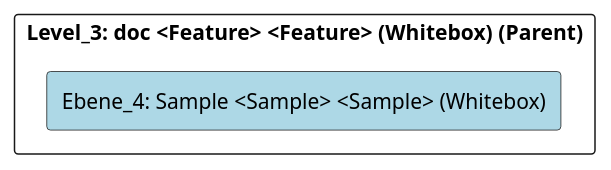
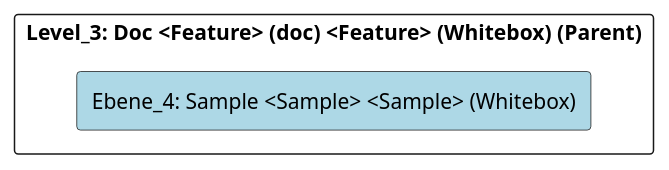
The diagram in doc/cleonproject_deliverables_architecture_model_architecture/adoc/de/05_bausteinsicht/cleon/common/doc/sample/ebene_4_sample.adoc (marcozwyssig/cleon), drawn with PlantUML before and after one commit. The commit also changed other lines of this file and 166 other files, not shown here.

```diff
--- a/doc/cleonproject_deliverables_architecture_model_architecture/adoc/de/05_bausteinsicht/cleon/common/doc/sample/ebene_4_sample.adoc
+++ b/doc/cleonproject_deliverables_architecture_model_architecture/adoc/de/05_bausteinsicht/cleon/common/doc/sample/ebene_4_sample.adoc
@@ -20,24 +20,24 @@
 [plantuml, Ebene_4: Sample <Sample> <Sample> (Whitebox)BlockOverview, format="svg"]
 ----
 @startuml Ebene_4: Sample <Sample> <Sample> (Whitebox)BuildingBlockOverview
 
 skinparam ranksep 10
 skinparam componentStyle rectangle
 skinparam shadowing false
 skinparam arrowColor lightblue
 skinparam arrowThickness 1.2
 skinparam rectangle {
   BackgroundColor White
   BorderColor #333
   RoundCorner 10
 }
 top to bottom direction
 
-component "Level_3: doc <Feature> <Feature> (Whitebox) (Parent)" {
+component "Level_3: Doc <Feature> (doc) <Feature> (Whitebox) (Parent)" {
     component "Ebene_4: Sample <Sample> <Sample> (Whitebox)" #lightblue {
     }
 
 }
 
 @enduml
 ----
```
